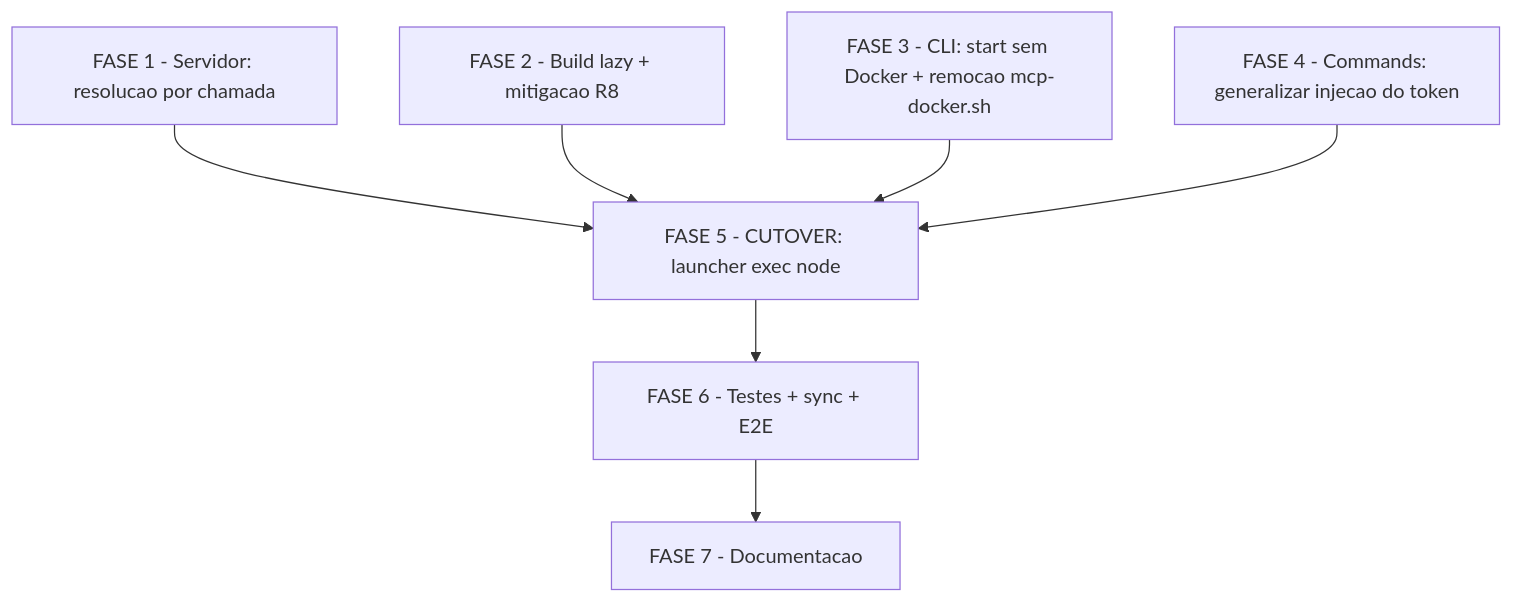
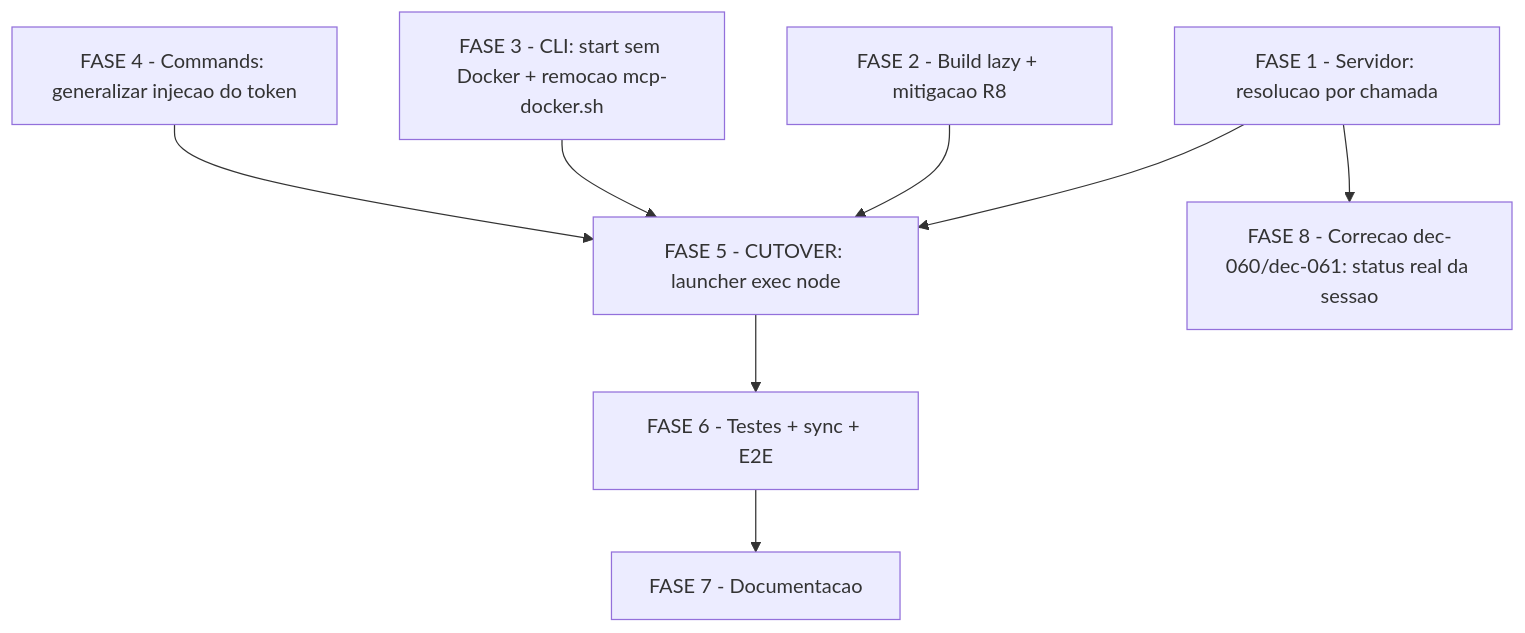
One commit to JotJunior/cstk changed the diagram in docs/specs/mcp-direct-transport/tasks.md. Above: the diagram before and after it, drawn with Mermaid. The commit also changed other lines of this file and 6 other files, not shown here.

Commit message:
feat: task 8.1 status real da execucao no gate MCP (dec-060)

````diff
--- a/docs/specs/mcp-direct-transport/tasks.md
+++ b/docs/specs/mcp-direct-transport/tasks.md
@@ -266,17 +296,19 @@
 ```mermaid
 flowchart TD
     F1[FASE 1 - Servidor: resolucao por chamada]
     F2[FASE 2 - Build lazy + mitigacao R8]
     F3[FASE 3 - CLI: start sem Docker + remocao mcp-docker.sh]
     F4[FASE 4 - Commands: generalizar injecao do token]
     F5[FASE 5 - CUTOVER: launcher exec node]
     F6[FASE 6 - Testes + sync + E2E]
     F7[FASE 7 - Documentacao]
+    F8[FASE 8 - Correcao dec-060/dec-061: status real da sessao]
 
     F1 --> F5
     F2 --> F5
     F3 --> F5
     F4 --> F5
     F5 --> F6
     F6 --> F7
+    F1 --> F8
 ```
````
